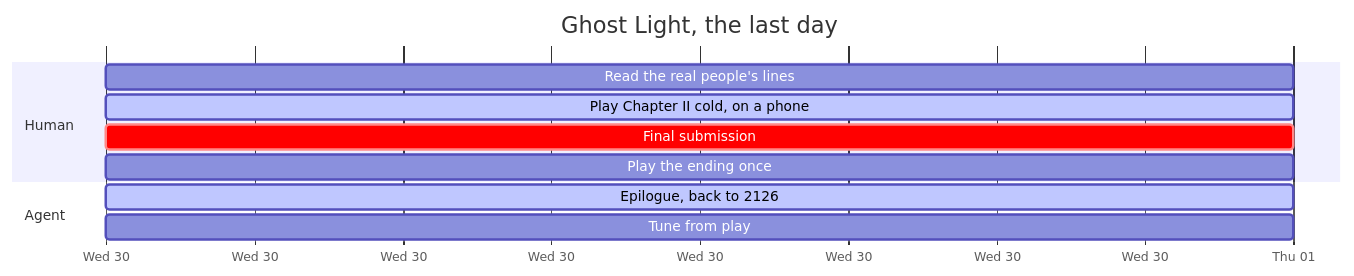
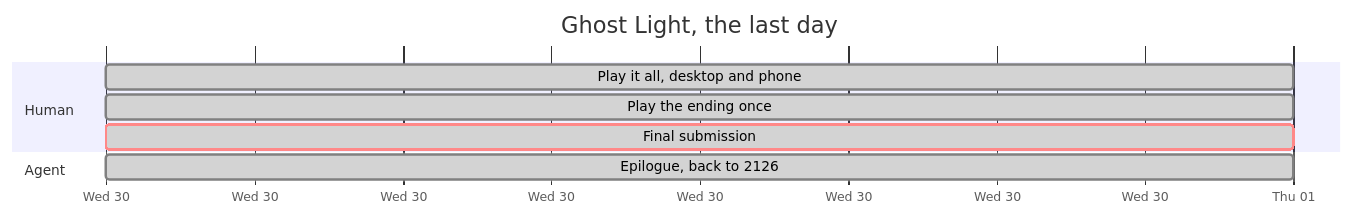
Before and after one commit to LoMagnette/ghost-light: the second of 2 diagrams in STATUS.md, drawn with Mermaid. The commit also changed other lines of this file, not shown here.

Commit message:
docs(status): submitted; the author's final playtest passes, phone included

````diff
--- a/STATUS.md
+++ b/STATUS.md
@@ -199,14 +192,12 @@
 ```mermaid
 gantt
     title Ghost Light, the last day
     dateFormat YYYY-MM-DD
     axisFormat %a %d
     section Human
-    Read the real people's lines      :h3, 2026-09-30, 1d
-    Play Chapter II cold, on a phone  :active, h1, 2026-09-30, 1d
-    Final submission                  :crit, s2, 2026-09-30, 1d
-    Play the ending once              :h4, 2026-09-30, 1d
+    Play it all, desktop and phone    :done, h1, 2026-09-30, 1d
+    Play the ending once              :done, h4, 2026-09-30, 1d
+    Final submission                  :done, crit, s2, 2026-09-30, 1d
     section Agent
-    Epilogue, back to 2126            :active, g2, 2026-09-30, 1d
-    Tune from play                    :g1, 2026-09-30, 1d
+    Epilogue, back to 2126            :done, g2, 2026-09-30, 1d
 ```
````
